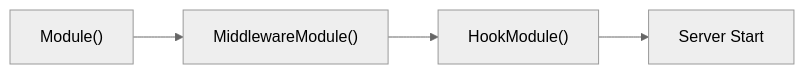
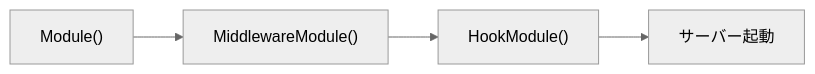
One commit to Tomy-ch/go-boilerplate changed the diagram in internal/di/server/README.md. Above: the diagram before and after it, drawn with Mermaid (neutral theme). The commit also changed other lines of this file and 970 other files, not shown here.

````diff
--- a/internal/di/server/README.md
+++ b/internal/di/server/README.md
@@ -15,6 +15,6 @@
 ```mermaid
 flowchart LR
     Module["Module()"] --> MiddlewareModule["MiddlewareModule()"]
     MiddlewareModule --> HookModule["HookModule()"]
-    HookModule --> Start["Server Start"]
+    HookModule --> Start["サーバー起動"]
 ```
````
